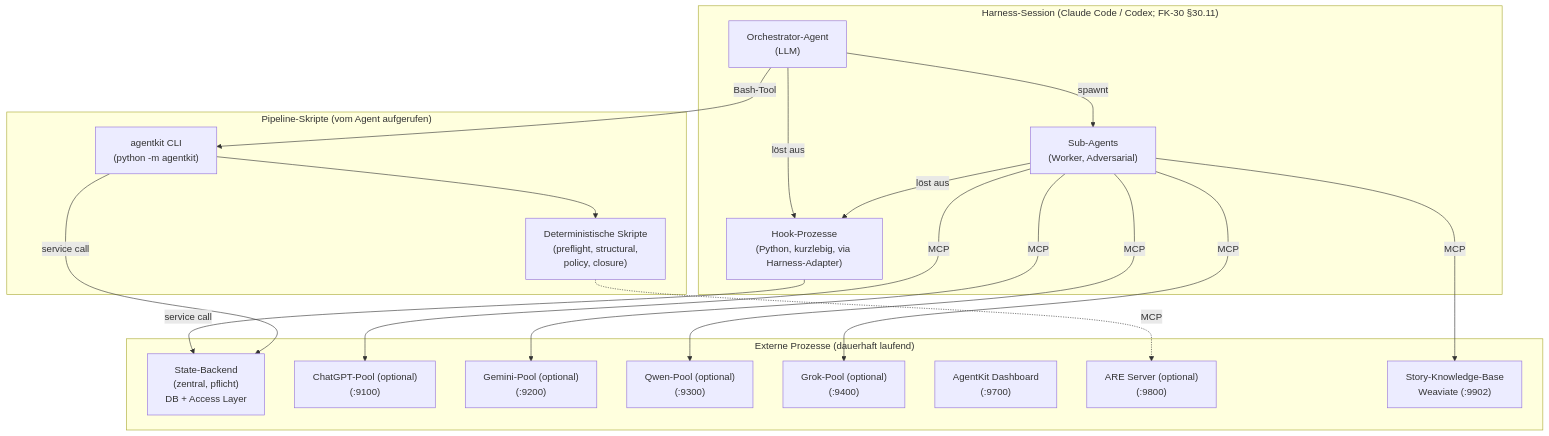
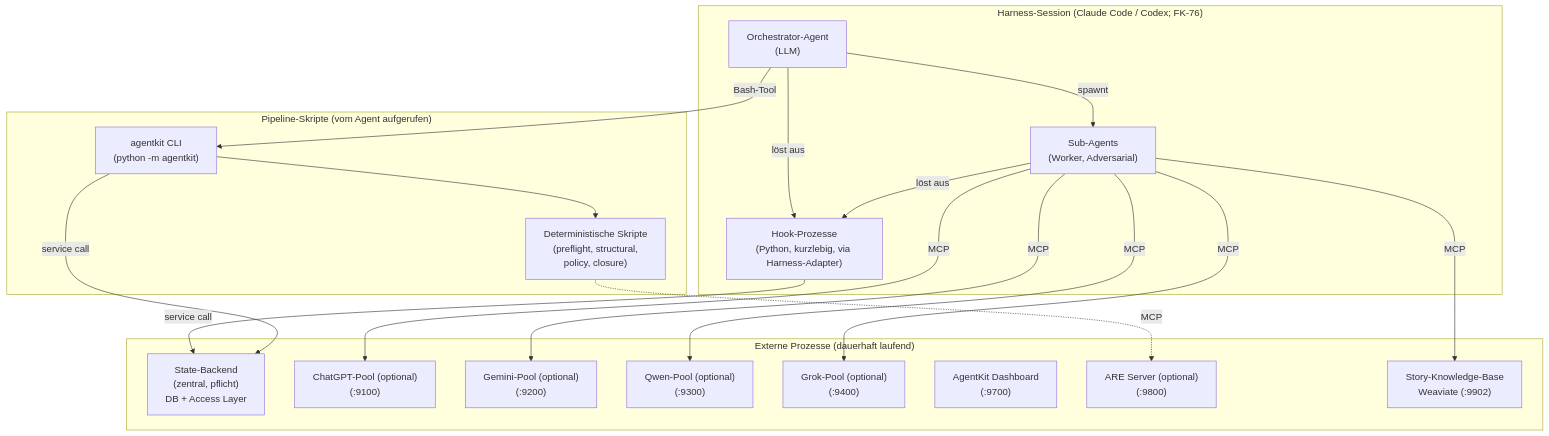
The first of 2 diagrams in concept/technical-design/10_runtime_deployment_speicher.md (saltenhof/claude-agentkit3), drawn with Mermaid before and after one commit. The commit also changed other lines of this file and 38 other files, not shown here.

````diff
--- a/concept/technical-design/10_runtime_deployment_speicher.md
+++ b/concept/technical-design/10_runtime_deployment_speicher.md
@@ -57,39 +57,39 @@
 ```mermaid
 graph TB
-    subgraph SESSION["Harness-Session (Claude Code / Codex; FK-30 §30.11)"]
+    subgraph SESSION["Harness-Session (Claude Code / Codex; FK-76)"]
         ORCH["Orchestrator-Agent<br/>(LLM)"]
         HOOKS["Hook-Prozesse<br/>(Python, kurzlebig, via Harness-Adapter)"]
         SUBAGENTS["Sub-Agents<br/>(Worker, Adversarial)"]
 
         ORCH -->|"spawnt"| SUBAGENTS
         ORCH -->|"löst aus"| HOOKS
         SUBAGENTS -->|"löst aus"| HOOKS
     end
 
     subgraph PIPELINE["Pipeline-Skripte (vom Agent aufgerufen)"]
         CLI["agentkit CLI<br/>(python -m agentkit)"]
         SCRIPTS["Deterministische Skripte<br/>(preflight, structural,<br/>policy, closure)"]
     end
 
     subgraph EXTERN["Externe Prozesse (dauerhaft laufend)"]
         STATE["State-Backend<br/>(zentral, pflicht)<br/>DB + Access Layer"]
         POOL_C["ChatGPT-Pool (optional)<br/>(:9100)"]
         POOL_G["Gemini-Pool (optional)<br/>(:9200)"]
         POOL_Q["Qwen-Pool (optional)<br/>(:9300)"]
         POOL_X["Grok-Pool (optional)<br/>(:9400)"]
         DASHBOARD["AgentKit Dashboard<br/>(:9700)"]
         ARE_EXT["ARE Server (optional)<br/>(:9800)"]
         WEAVIATE["Story-Knowledge-Base<br/>Weaviate (:9902)"]
     end
 
     ORCH -->|"Bash-Tool"| CLI
     CLI --> SCRIPTS
     HOOKS -->|"service call"| STATE
     CLI -->|"service call"| STATE
     SUBAGENTS -->|"MCP"| POOL_C
     SUBAGENTS -->|"MCP"| POOL_G
     SUBAGENTS -->|"MCP"| POOL_Q
     SUBAGENTS -->|"MCP"| POOL_X
     SUBAGENTS -->|"MCP"| WEAVIATE
     SCRIPTS -.->|"MCP"| ARE_EXT
 ```
````
